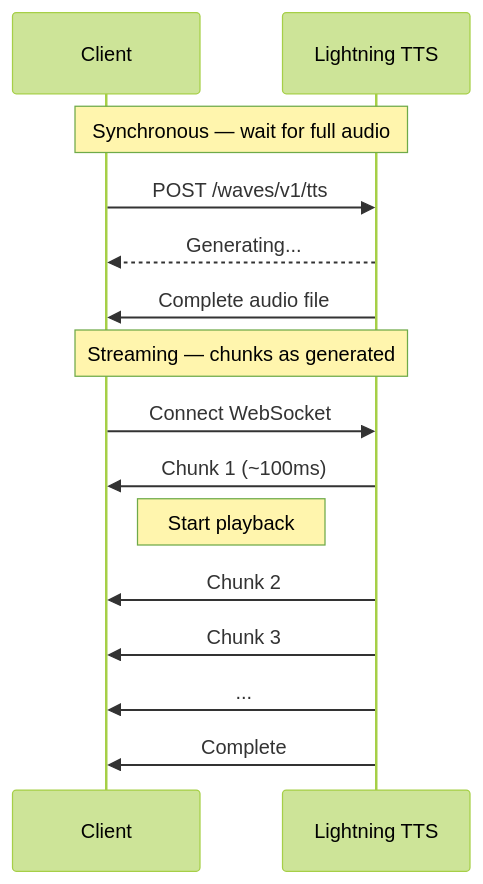
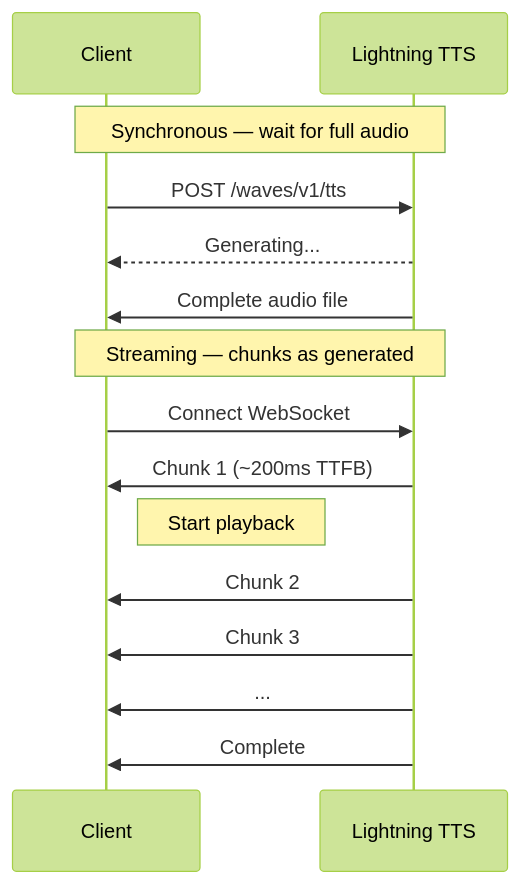
Before and after one commit to smallest-inc/smallest-ai-documentation: the diagram in fern/products/waves/pages/v4.0.0/text-to-speech/stream-tts.mdx, drawn with Mermaid (forest theme). The commit also changed other lines of this file and 3 other files, not shown here.

````diff
--- a/fern/products/waves/pages/v4.0.0/text-to-speech/stream-tts.mdx
+++ b/fern/products/waves/pages/v4.0.0/text-to-speech/stream-tts.mdx
@@ -17,18 +17,18 @@
 ```mermaid
 sequenceDiagram
     participant Client
     participant API as Lightning TTS
     Note over Client,API: Synchronous — wait for full audio
     Client->>API: POST /waves/v1/tts
     API-->>Client: Generating...
     API->>Client: Complete audio file
 
     Note over Client,API: Streaming — chunks as generated
     Client->>API: Connect WebSocket
-    API->>Client: Chunk 1 (~100ms)
+    API->>Client: Chunk 1 (~200ms TTFB)
     Note right of Client: Start playback
     API->>Client: Chunk 2
     API->>Client: Chunk 3
     API->>Client: ...
     API->>Client: Complete
 ```
````
